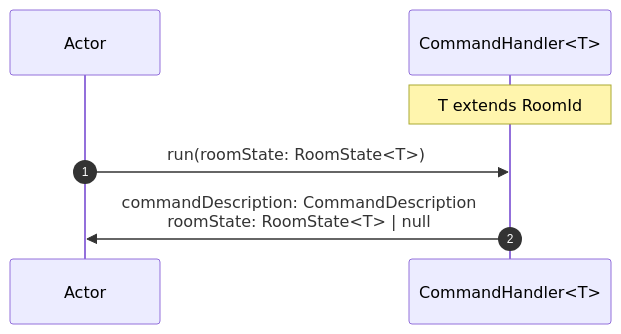
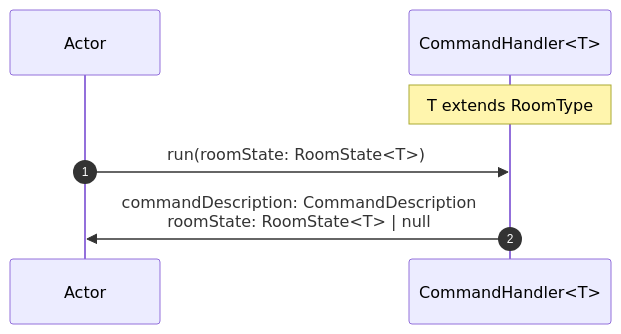
Before and after one commit to normal-devs/klicker-knight: the diagram in docs/architecture/commandHandler.md, drawn with Mermaid. The commit also changed 8 other files, not shown here.

First line of the commit message:
Replace roomId with roomType

````diff
--- a/docs/architecture/commandHandler.md
+++ b/docs/architecture/commandHandler.md
@@ -19,11 +19,11 @@
 ```mermaid
 sequenceDiagram
   autonumber
   participant A as Actor
   participant CH as CommandHandler<T>
 
-  note over CH: T extends RoomId
+  note over CH: T extends RoomType
 
   A ->> CH: run(roomState: RoomState<T>)
   CH ->> A: commandDescription: CommandDescription <br> roomState: RoomState<T> | null
 ```
````
